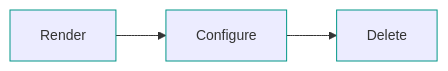
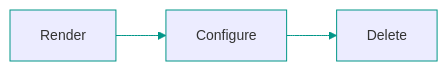
One commit to netascode/terraform-aci-nac-aci changed the diagram in docs/ansible/overview.md. Above: the diagram before and after it, drawn with Mermaid. The commit also changed 2 other files, not shown here.

Commit message:
Fix mermaid line color

````diff
--- a/docs/ansible/overview.md
+++ b/docs/ansible/overview.md
@@ -31,6 +31,6 @@
 ```mermaid
-%%{init: {'themeVariables': {'nodeBorder': '#009688', 'fontSize': '14px', 'fontFamily': 'Roboto'}}}%%
+%%{init: {'themeVariables': {'nodeBorder': '#009688', 'lineColor': '#009688', 'fontSize': '14px', 'fontFamily': 'Roboto'}}}%%
 graph LR
     Render --> Configure
     Configure --> Delete
 ```
````
